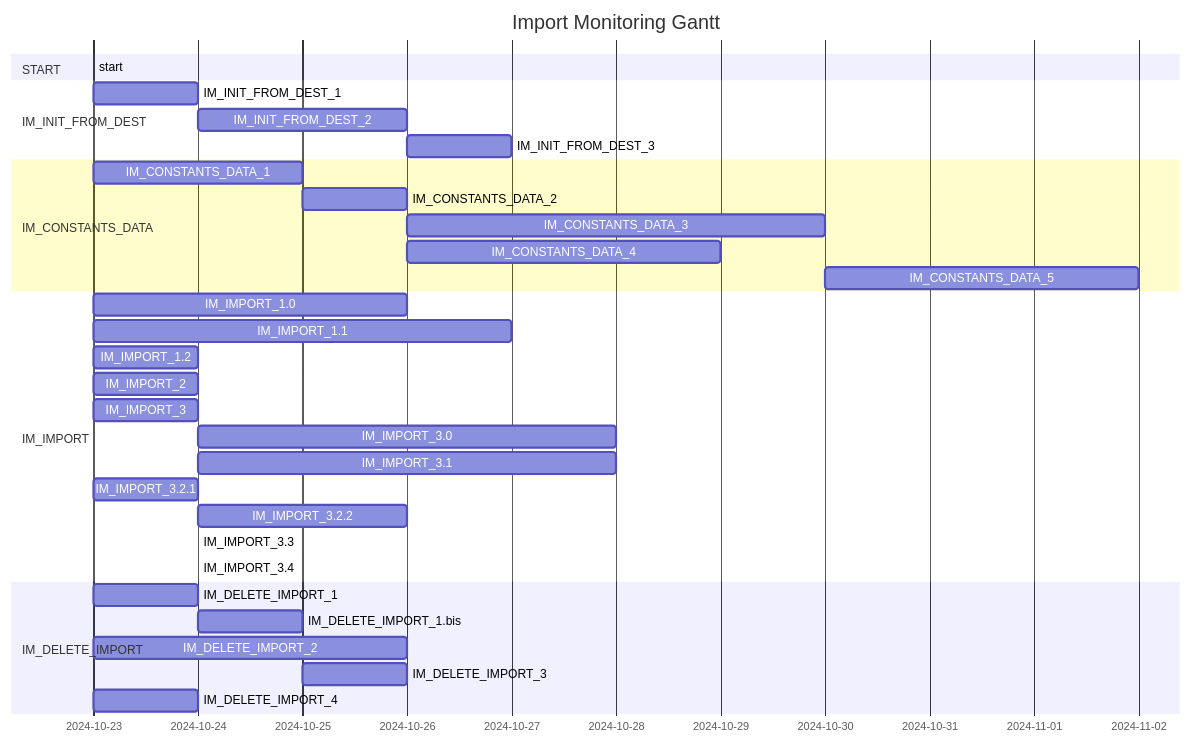
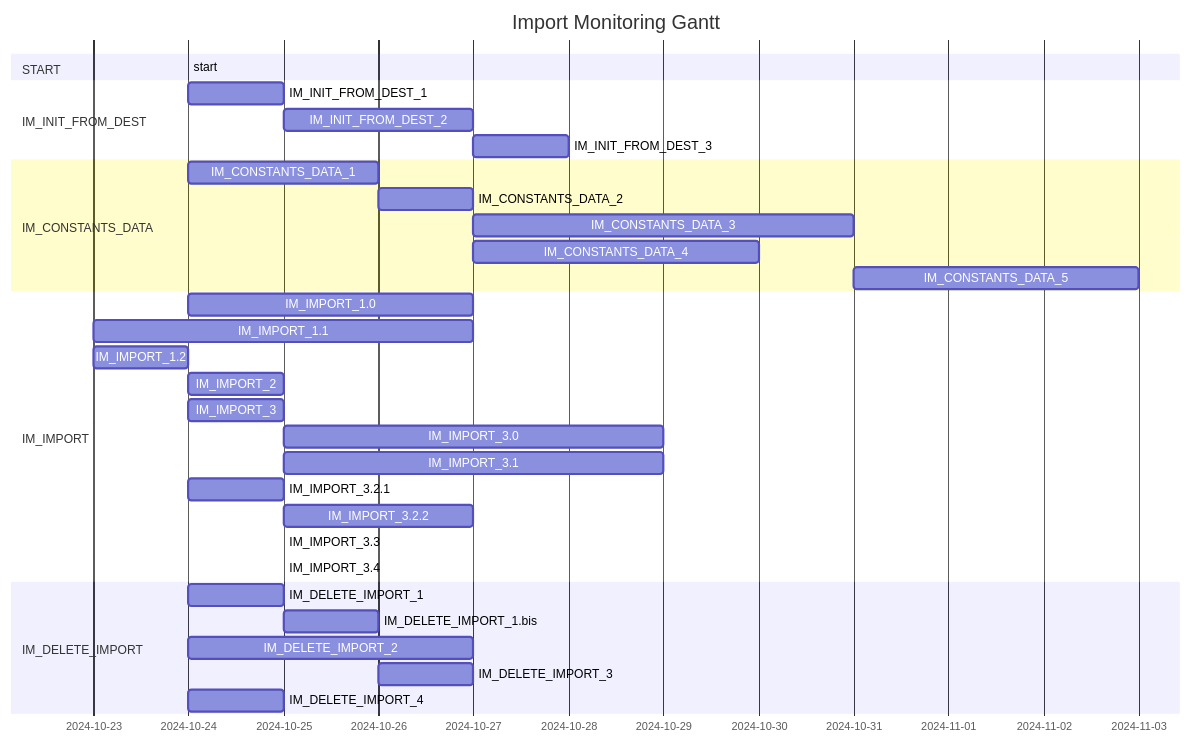
Before and after one commit to naturalsolutions/geonature: the diagram in README.md, drawn with Mermaid.

Commit message:
feat: adjust start date

````diff
--- a/README.md
+++ b/README.md
@@ -4,39 +4,39 @@
 ```mermaid
 gantt
 title Import Monitoring Gantt
 dateFormat DD/MM/YYYY
 section START
-    start :s, 23/10/2024, 0d
+    start :s, 24/10/2024, 0d
 
 section IM_INIT_FROM_DEST
     IM_INIT_FROM_DEST_1  :ifd1, after s, 0.5d
     IM_INIT_FROM_DEST_2  :ifd2, after ifd1, 1.5d
     IM_INIT_FROM_DEST_3  :ifd3, after ifd2, 0.5d
 
 section IM_CONSTANTS_DATA
     IM_CONSTANTS_DATA_1  :cd1, after s, 2d
     IM_CONSTANTS_DATA_2  :cd2, after cd1, 1d
     IM_CONSTANTS_DATA_3  :cd3, after cd2, 4d
     IM_CONSTANTS_DATA_4  :cd4, after cd2, 3d
     IM_CONSTANTS_DATA_5  :cd5, after cd4 cd3, 3d
 
 section IM_IMPORT
     IM_IMPORT_1.0  :i1.0, after s, 2.5d
     IM_IMPORT_1.1 :i1.1, after i1.0, 4d
     IM_IMPORT_1.2 :i1.2, after i1.0, 1d
     IM_IMPORT_2 :i2, after s, 0.5d
     IM_IMPORT_3 :i3, after s, 1d
     IM_IMPORT_3.0 :i3.0, after i3, 4d
     IM_IMPORT_3.1 :i3.1, after i3.0, 4d
     IM_IMPORT_3.2.1 :i3.2.1, after s, 1d
     IM_IMPORT_3.2.2 :i3.2.2, after i3.2.1, 1.5d
     IM_IMPORT_3.3 :i3.3, after i3.2.1, 0.5
     IM_IMPORT_3.4 :i3.4, after i3.0, 0.5
 
 section IM_DELETE_IMPORT
     IM_DELETE_IMPORT_1  :di1, after s, 0.5d
     IM_DELETE_IMPORT_1.bis  :di1b, after di1, 1d
     IM_DELETE_IMPORT_2  :di, after s, 2.5d
     IM_DELETE_IMPORT_3  :di3, after di1b di2 i3.0, 0.5d
     IM_DELETE_IMPORT_4  :di4, after s, 0.5d
 ```
````
